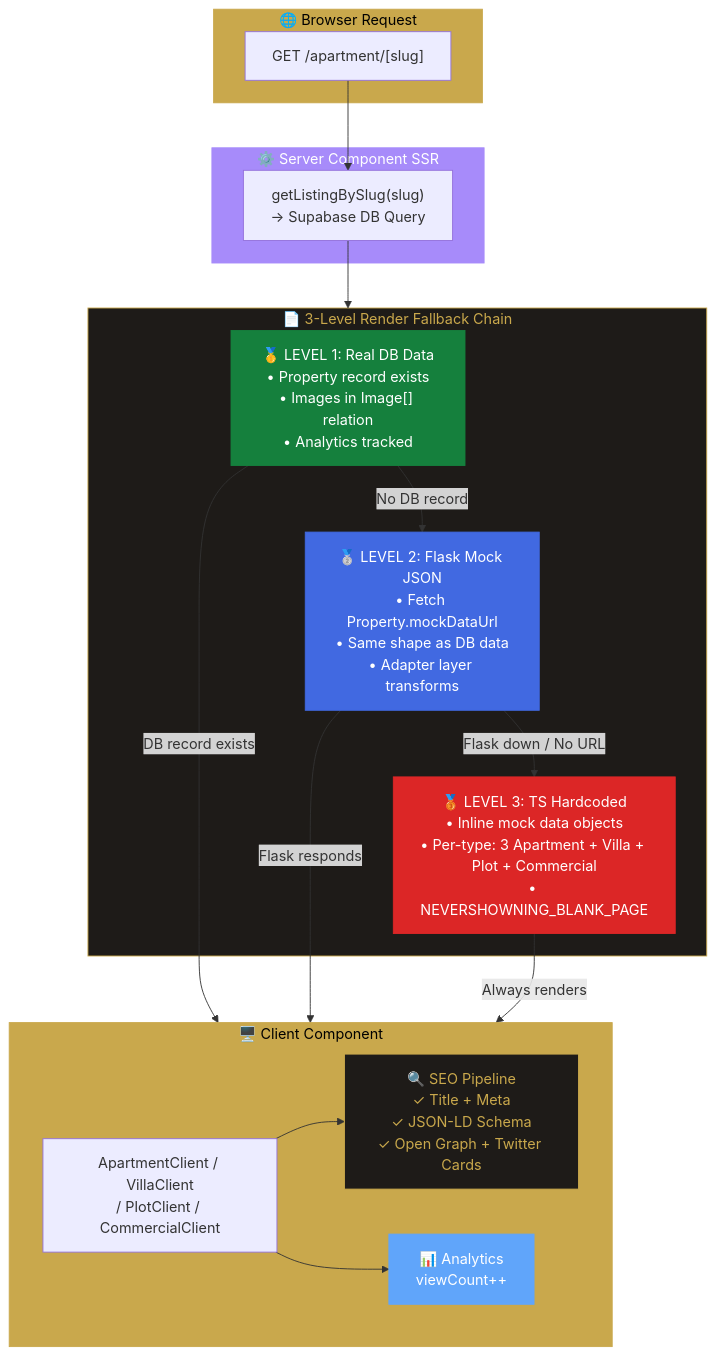
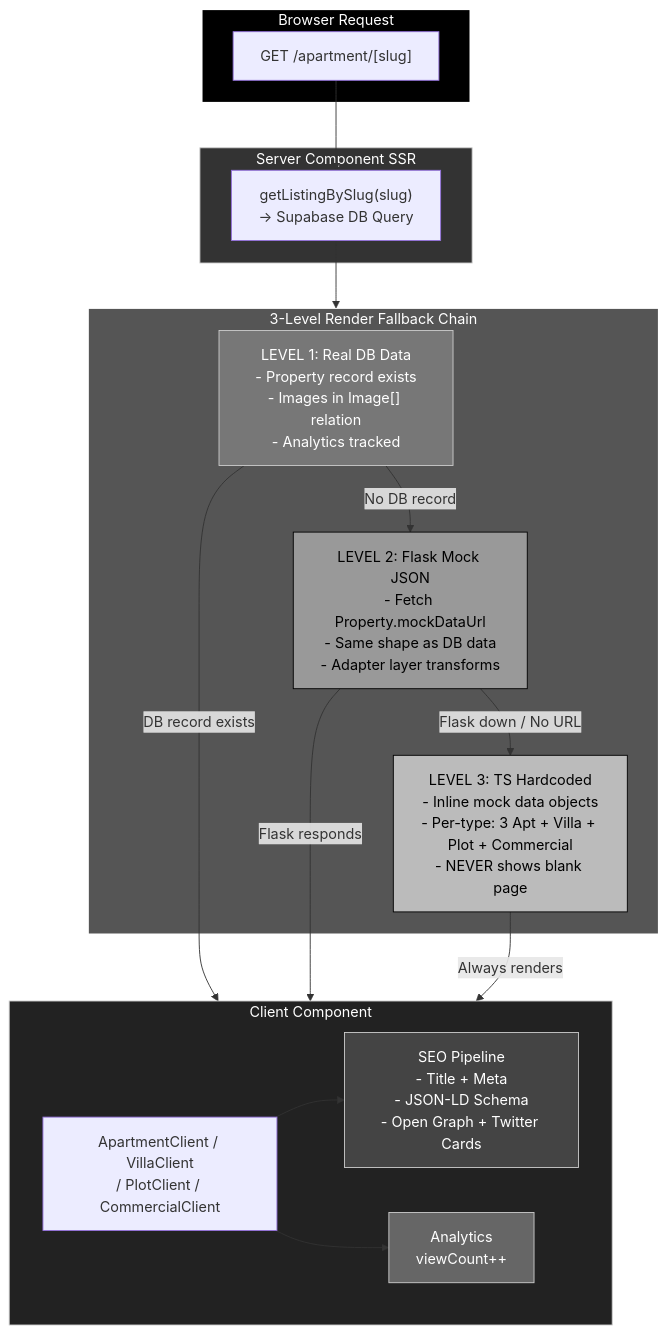
One commit to DeadCoder-N/Soryvanta changed the fourth of 16 diagrams in README.md. Above: the diagram before and after it, drawn with Mermaid. The commit also changed other lines of this file, not shown here.

````diff
--- a/README.md
+++ b/README.md
@@ -507,44 +507,44 @@
 ```mermaid
 flowchart TD
-    subgraph REQUEST["🌐 Browser Request"]
+    subgraph REQUEST["Browser Request"]
         REQ["GET /apartment/[slug]"]
     end
 
-    subgraph SSR["⚙️ Server Component SSR"]
-        SSR_QUERY["getListingBySlug(slug)<br/>→ Supabase DB Query"]
+    subgraph SSR["Server Component SSR"]
+        SSR_QUERY["getListingBySlug(slug)<br/>-> Supabase DB Query"]
     end
 
-    subgraph RENDER_FALLBACK["📄 3-Level Render Fallback Chain"]
-        R_L1["🥇 LEVEL 1: Real DB Data<br/>• Property record exists<br/>• Images in Image[] relation<br/>• Analytics tracked"]
-        R_L2["🥈 LEVEL 2: Flask Mock JSON<br/>• Fetch Property.mockDataUrl<br/>• Same shape as DB data<br/>• Adapter layer transforms"]
-        R_L3["🥉 LEVEL 3: TS Hardcoded<br/>• Inline mock data objects<br/>• Per-type: 3 Apartment + Villa + Plot + Commercial<br/>• NEVERSHOWNING_BLANK_PAGE"]
+    subgraph RENDER_FALLBACK["3-Level Render Fallback Chain"]
+        R_L1["LEVEL 1: Real DB Data<br/>- Property record exists<br/>- Images in Image[] relation<br/>- Analytics tracked"]
+        R_L2["LEVEL 2: Flask Mock JSON<br/>- Fetch Property.mockDataUrl<br/>- Same shape as DB data<br/>- Adapter layer transforms"]
+        R_L3["LEVEL 3: TS Hardcoded<br/>- Inline mock data objects<br/>- Per-type: 3 Apt + Villa + Plot + Commercial<br/>- NEVER shows blank page"]
     end
 
-    subgraph CLIENT["🖥️ Client Component"]
+    subgraph CLIENT["Client Component"]
         RENDER["ApartmentClient / VillaClient<br/>/ PlotClient / CommercialClient"]
-        SEO["🔍 SEO Pipeline<br/>✓ Title + Meta<br/>✓ JSON-LD Schema<br/>✓ Open Graph + Twitter Cards"]
-        ANALYTICS["📊 Analytics<br/>viewCount++"]
+        SEO["SEO Pipeline<br/>- Title + Meta<br/>- JSON-LD Schema<br/>- Open Graph + Twitter Cards"]
+        ANALYTICS["Analytics<br/>viewCount++"]
     end
 
     REQ --> SSR_QUERY
     SSR_QUERY --> RENDER_FALLBACK
-    
+
     R_L1 -->|DB record exists| CLIENT
     R_L1 -->|No DB record| R_L2
     R_L2 -->|Flask responds| CLIENT
     R_L2 -->|Flask down / No URL| R_L3
     R_L3 -->|Always renders| CLIENT
-    
+
     RENDER --> SEO
     RENDER --> ANALYTICS
 
-    style REQUEST fill:#C9A84C,color:#000,stroke:#C9A84C
-    style SSR fill:#a78bfa,color:#fff,stroke:#a78bfa
-    style RENDER_FALLBACK fill:#1e1b18,color:#C9A84C,stroke:#C9A84C
-    style R_L1 fill:#15803D,color:#fff,stroke:#15803D
-    style R_L2 fill:#4169E1,color:#fff,stroke:#4169E1
-    style R_L3 fill:#DC2626,color:#fff,stroke:#DC2626
-    style CLIENT fill:#C9A84C,color:#000,stroke:#C9A84C
-    style SEO fill:#1e1b18,color:#C9A84C,stroke:#C9A84C
-    style ANALYTICS fill:#60a5fa,color:#fff,stroke:#60a5fa
+    style REQUEST fill:#000,color:#fff,stroke:#fff,stroke-width:2px
+    style SSR fill:#333,color:#fff,stroke:#ccc
+    style RENDER_FALLBACK fill:#555,color:#fff,stroke:#fff,stroke-width:2px
+    style R_L1 fill:#777,color:#fff,stroke:#ccc
+    style R_L2 fill:#999,color:#000,stroke:#000
+    style R_L3 fill:#bbb,color:#000,stroke:#000
+    style CLIENT fill:#222,color:#fff,stroke:#ccc
+    style SEO fill:#444,color:#fff,stroke:#ccc
+    style ANALYTICS fill:#666,color:#fff,stroke:#ccc
 ```
````
